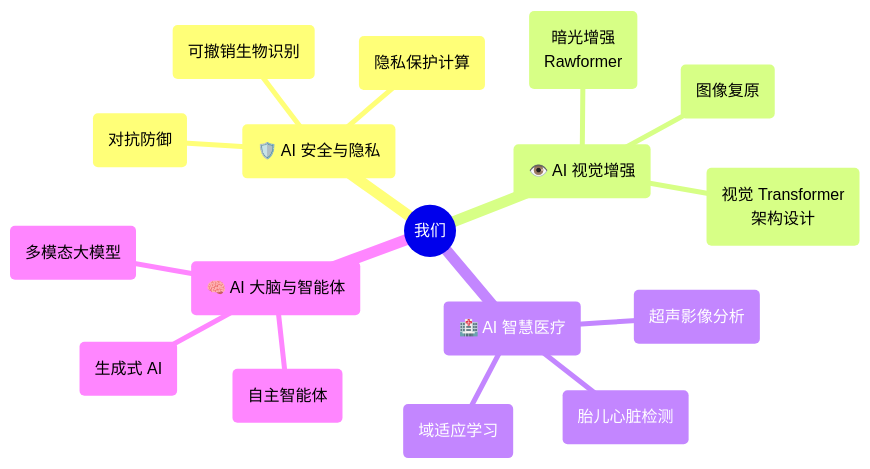
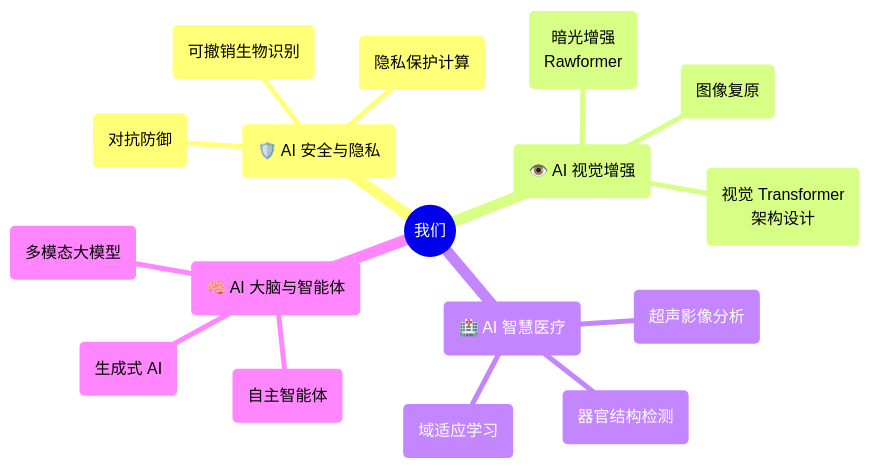
Before and after one commit to xingbod/xingbod.github.io: the diagram in _pages/about.md, drawn with Mermaid. The commit also changed other lines of this file, not shown here.

````diff
--- a/_pages/about.md
+++ b/_pages/about.md
@@ -23,20 +23,20 @@
 ```mermaid
 mindmap
   root((我们))
     Security(🛡️ AI 安全与隐私)
       Cancelable_Biometrics(可撤销生物识别)
       Privacy_Preserving(隐私保护计算)
       Adversarial_Defense(对抗防御)
     Vision(👁️ AI 视觉增强)
       Low_Light(暗光增强<br/>Rawformer)
       Restoration(图像复原)
       Transformer(视觉 Transformer<br/>架构设计)
     Medical(🏥 AI 智慧医疗)
       Ultrasound(超声影像分析)
-      Fetal_Heart(胎儿心脏检测)
+      Fetal_Heart(器官结构检测)
       Domain_Adaptation(域适应学习)
     Brain(🧠 AI 大脑与智能体)
       MLLM(多模态大模型)
       Agents(自主智能体)
       AIGC(生成式 AI)
 ```
````
